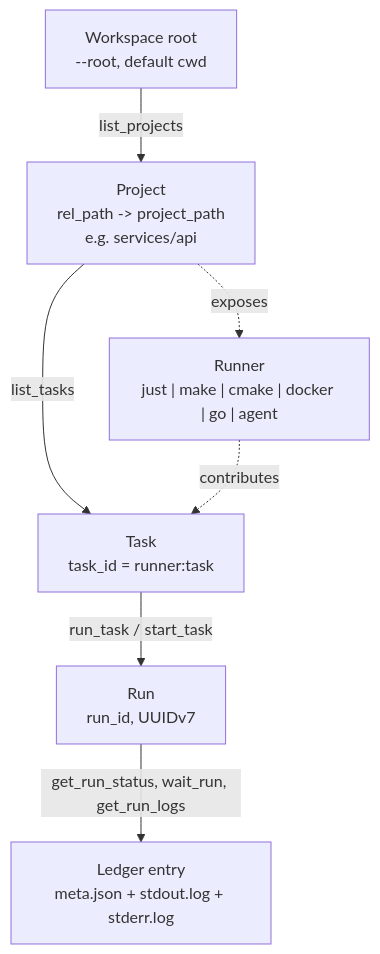
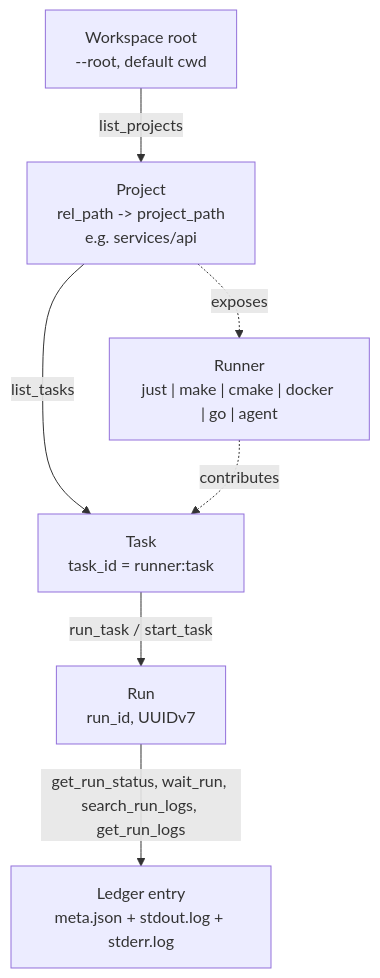
One commit to palchukovsky/just-mcp-work changed the first of 2 diagrams in docs/agent-guide.md. Above: the diagram before and after it, drawn with Mermaid. The commit also changed other lines of this file and 10 other files, not shown here.

First line of the commit message:
Add bounded server-side search over run logs

````diff
--- a/docs/agent-guide.md
+++ b/docs/agent-guide.md
@@ -54,16 +54,16 @@
 ```mermaid
 flowchart TD
     W["Workspace root<br/>--root, default cwd"]
     P["Project<br/>rel_path -> project_path<br/>e.g. services/api"]
     R["Runner<br/>just | make | cmake | docker | go | agent"]
     T["Task<br/>task_id = runner:task"]
     N["Run<br/>run_id, UUIDv7"]
     L["Ledger entry<br/>meta.json + stdout.log + stderr.log"]
 
     W -->|list_projects| P
     P -->|list_tasks| T
     R -.->|contributes| T
     P -.->|exposes| R
     T -->|run_task / start_task| N
-    N -->|get_run_status, wait_run, get_run_logs| L
+    N -->|get_run_status, wait_run, search_run_logs, get_run_logs| L
 ```
````
